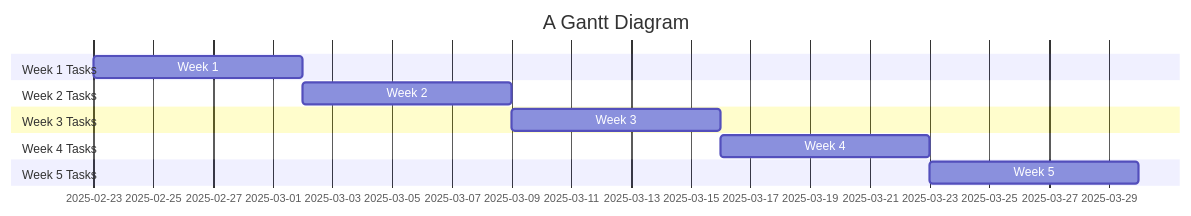
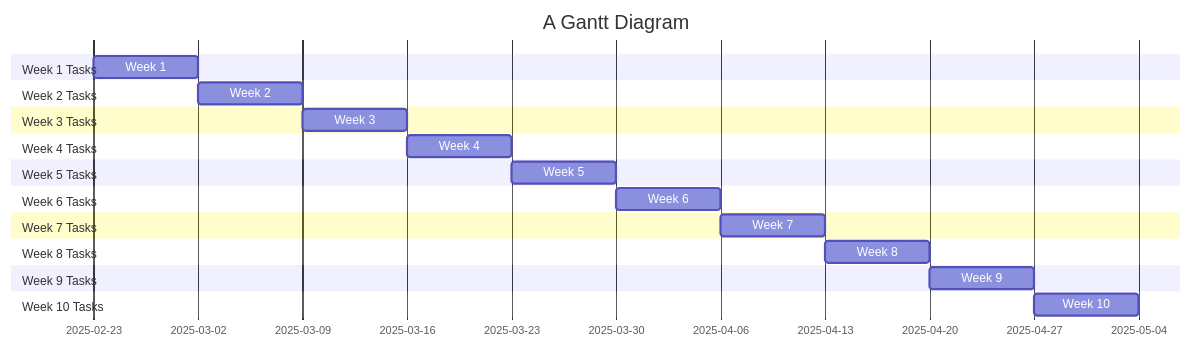
Before and after one commit to Tukonoma/UNVS-190---Group-2: the diagram in Timeline.md, drawn with Mermaid.

Commit message:
extended timeline

````diff
--- a/Timeline.md
+++ b/Timeline.md
@@ -1,21 +1,38 @@
 ```mermaid
 gantt
     title A Gantt Diagram
     dateFormat YYYY-MM-DD
     section Week 1 Tasks
         Week 1          :a1, 2025-02-23, 7d
-     
+       
     section Week 2 Tasks
         Week 2 :2025-03-02, 7d
 
 
     section Week 3 Tasks
         Week 3          :2025-03-09, 7d
 
 
     section Week 4 Tasks
         Week 4          :2025-03-16, 7d
    
     section Week 5 Tasks
         Week 5          :2025-03-23, 7d
+  section Week 6 Tasks
+        Week 6      :2025-03-30, 7d
+       
+    section Week 7 Tasks
+        Week 7      :2025-04-06, 7d
+       
+    section Week 8 Tasks
+        Week 8      :2025-04-13, 7d
+
+
+    section Week 9 Tasks
+        Week 9      :2025-04-20, 7d
+
+
+    section Week 10 Tasks
+        Week 10     :2025-04-27, 7d
+
 ```
````
